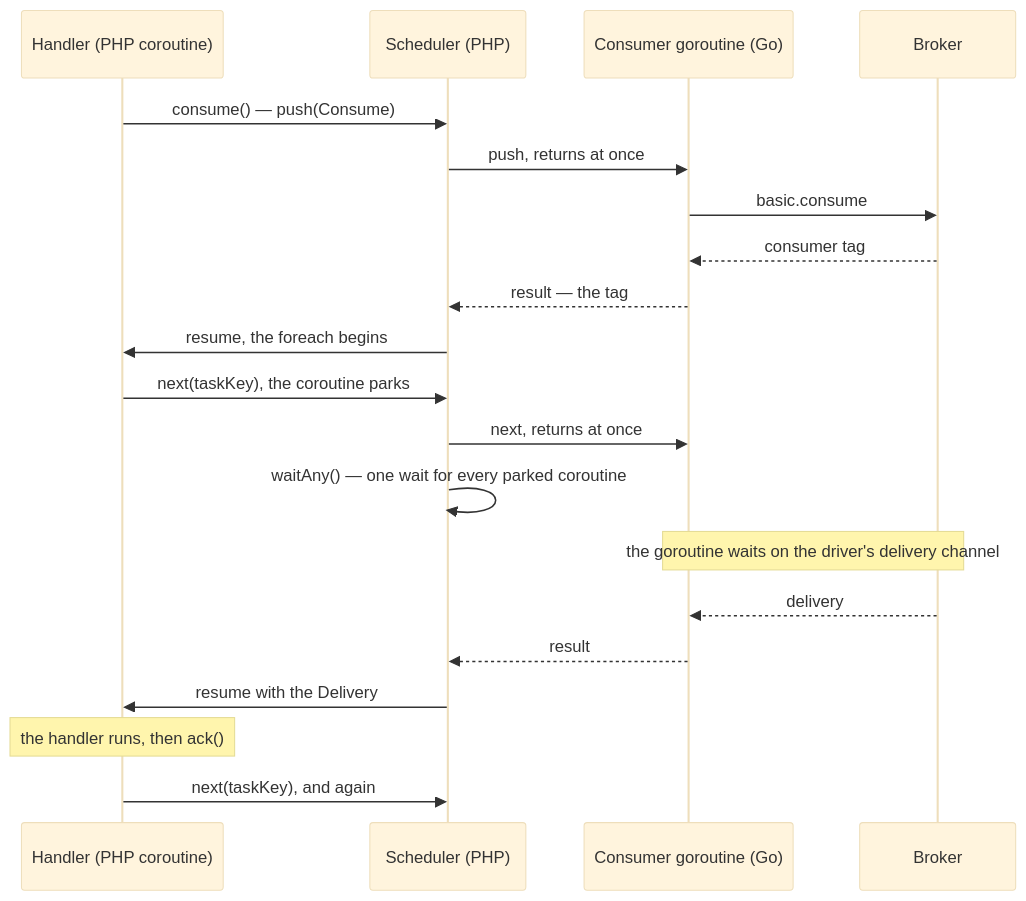
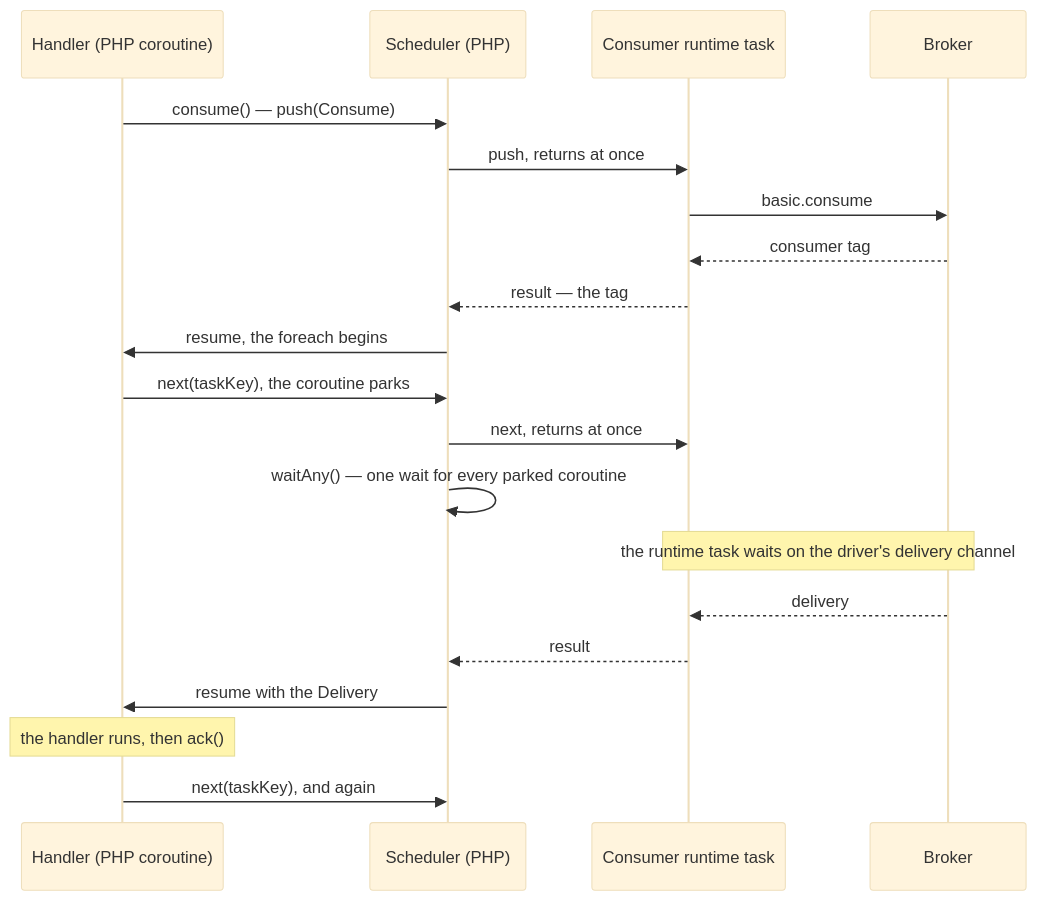
The diagram in docs/amqp.md (sprust/sconcur), drawn with Mermaid (base theme) before and after one commit. The commit also changed other lines of this file and 46 other files, not shown here.

````diff
--- a/docs/amqp.md
+++ b/docs/amqp.md
@@ -411,24 +412,24 @@
 ```mermaid
 sequenceDiagram
     participant H as Handler (PHP coroutine)
     participant S as Scheduler (PHP)
-    participant G as Consumer goroutine (Go)
+    participant G as Consumer runtime task
     participant B as Broker
 
     H->>S: consume() — push(Consume)
     S->>G: push, returns at once
     G->>B: basic.consume
     B-->>G: consumer tag
     G-->>S: result — the tag
     S->>H: resume, the foreach begins
 
     H->>S: next(taskKey), the coroutine parks
     S->>G: next, returns at once
     S->>S: waitAny() — one wait for every parked coroutine
-    Note over G,B: the goroutine waits on the driver's delivery channel
+    Note over G,B: the runtime task waits on the driver's delivery channel
     B-->>G: delivery
     G-->>S: result
     S->>H: resume with the Delivery
     Note over H: the handler runs, then ack()
     H->>S: next(taskKey), and again
 ```
````
